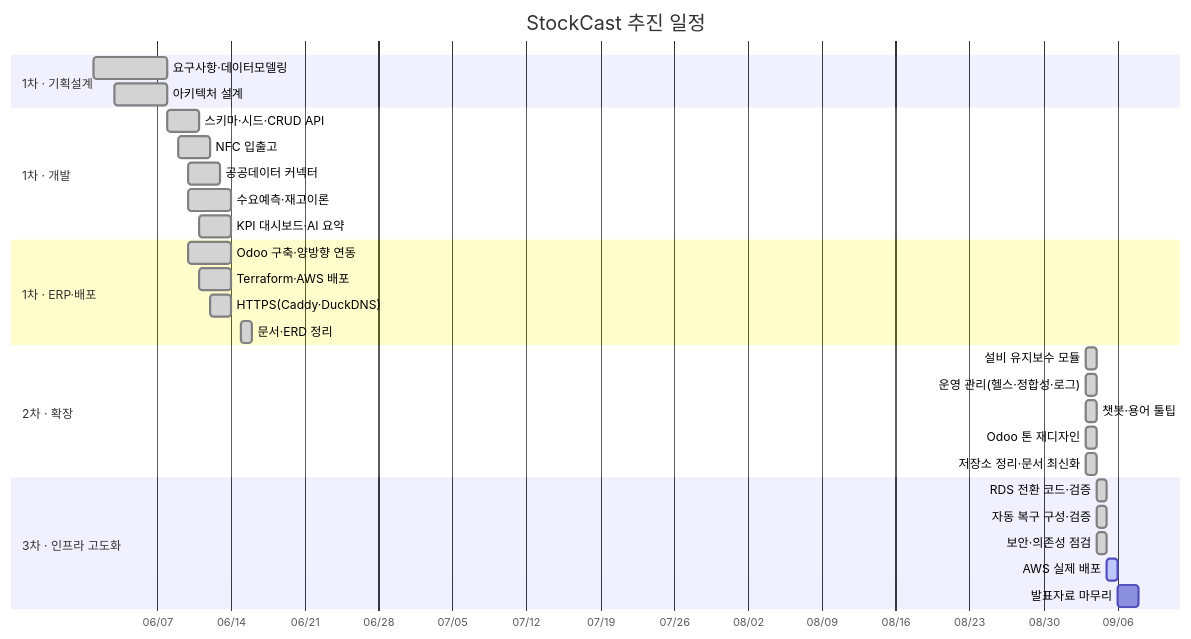
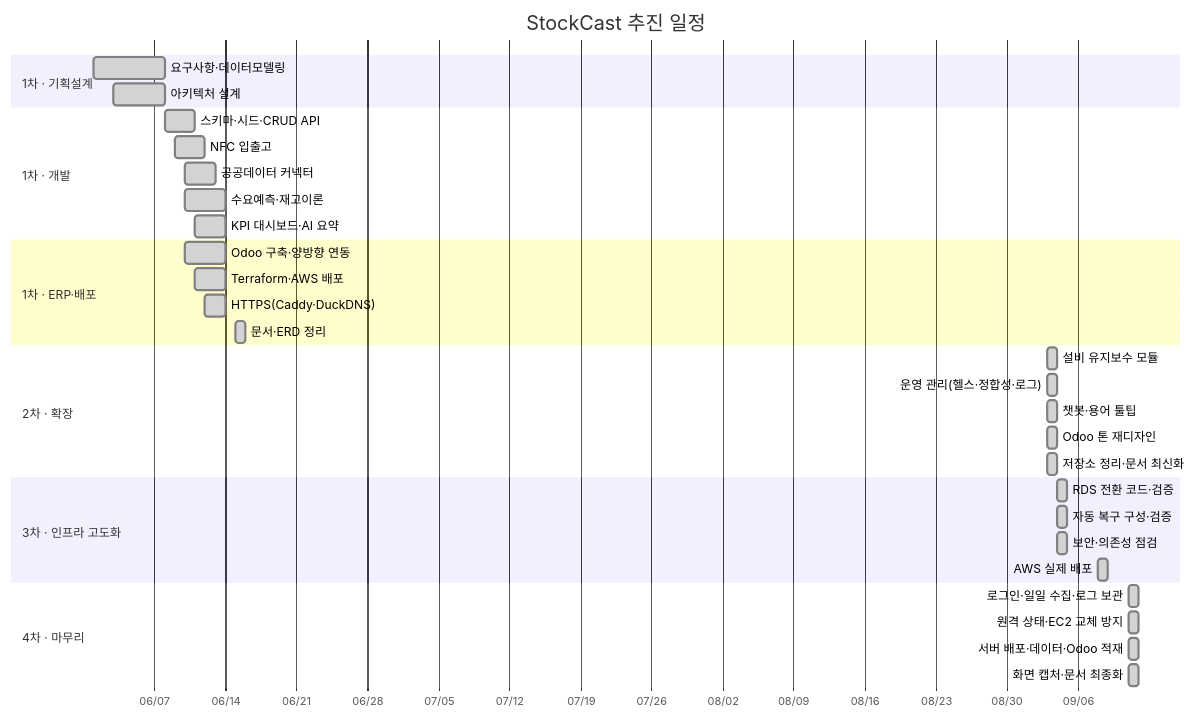
Before and after one commit to adieud99/Stockcast: the second of 2 diagrams in docs/관리/WBS.md, drawn with Mermaid. The commit also changed other lines of this file and 8 other files, not shown here.

````diff
--- a/docs/관리/WBS.md
+++ b/docs/관리/WBS.md
@@ -177,37 +183,42 @@
 ```mermaid
 gantt
     title StockCast 추진 일정
     dateFormat YYYY-MM-DD
     axisFormat %m/%d
 
     section 1차 · 기획설계
     요구사항·데이터모델링       :done, a1, 2026-06-01, 7d
     아키텍처 설계               :done, a2, 2026-06-03, 5d
 
     section 1차 · 개발
     스키마·시드·CRUD API        :done, b1, 2026-06-08, 3d
     NFC 입출고                  :done, b2, 2026-06-09, 3d
     공공데이터 커넥터            :done, b3, 2026-06-10, 3d
     수요예측·재고이론            :done, b4, 2026-06-10, 4d
     KPI 대시보드·AI 요약         :done, b5, 2026-06-11, 3d
 
     section 1차 · ERP·배포
     Odoo 구축·양방향 연동        :done, c1, 2026-06-10, 4d
     Terraform·AWS 배포          :done, c2, 2026-06-11, 3d
     HTTPS(Caddy·DuckDNS)        :done, c3, 2026-06-12, 2d
     문서·ERD 정리               :done, c4, 2026-06-15, 1d
 
     section 2차 · 확장
     설비 유지보수 모듈           :done, d1, 2026-09-03, 1d
     운영 관리(헬스·정합성·로그)   :done, d2, 2026-09-03, 1d
     챗봇·용어 툴팁               :done, d3, 2026-09-03, 1d
     Odoo 톤 재디자인             :done, d4, 2026-09-03, 1d
     저장소 정리·문서 최신화       :done, d5, 2026-09-03, 1d
 
     section 3차 · 인프라 고도화
     RDS 전환 코드·검증           :done, e1, 2026-09-04, 1d
     자동 복구 구성·검증          :done, e2, 2026-09-04, 1d
     보안·의존성 점검             :done, e3, 2026-09-04, 1d
-    AWS 실제 배포                :active, e4, 2026-09-05, 1d
-    발표자료 마무리              :e5, after e4, 2d
+    AWS 실제 배포                :done, e4, 2026-09-08, 1d
+
+    section 4차 · 마무리
+    로그인·일일 수집·로그 보관    :done, f1, 2026-09-11, 1d
+    원격 상태·EC2 교체 방지       :done, f2, 2026-09-11, 1d
+    서버 배포·데이터·Odoo 적재    :done, f3, 2026-09-11, 1d
+    화면 캡처·문서 최종화         :done, f4, 2026-09-11, 1d
 ```
````
